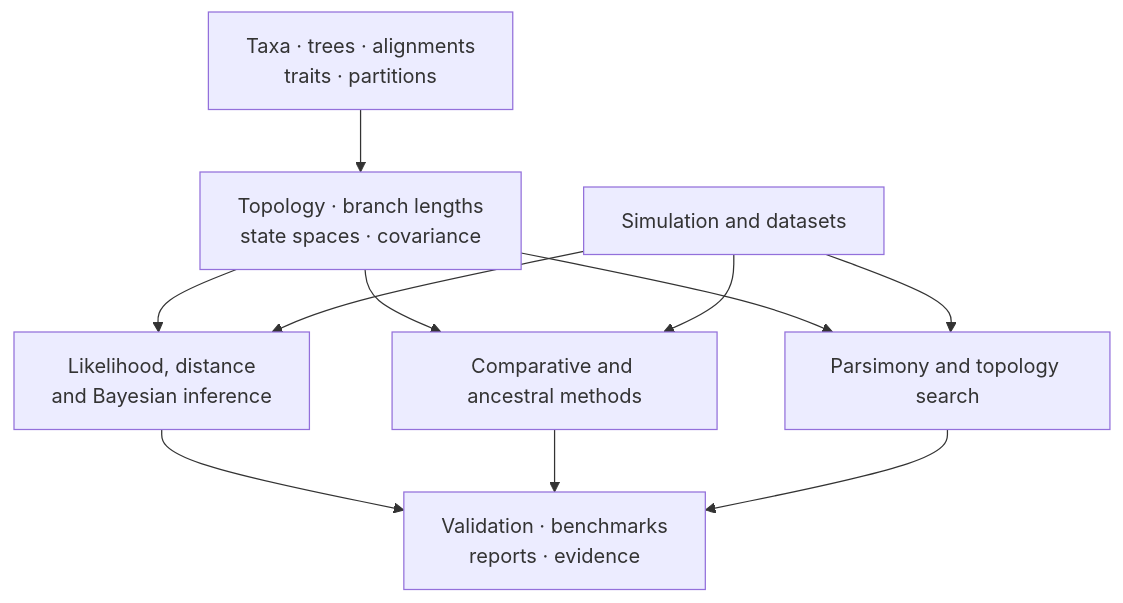
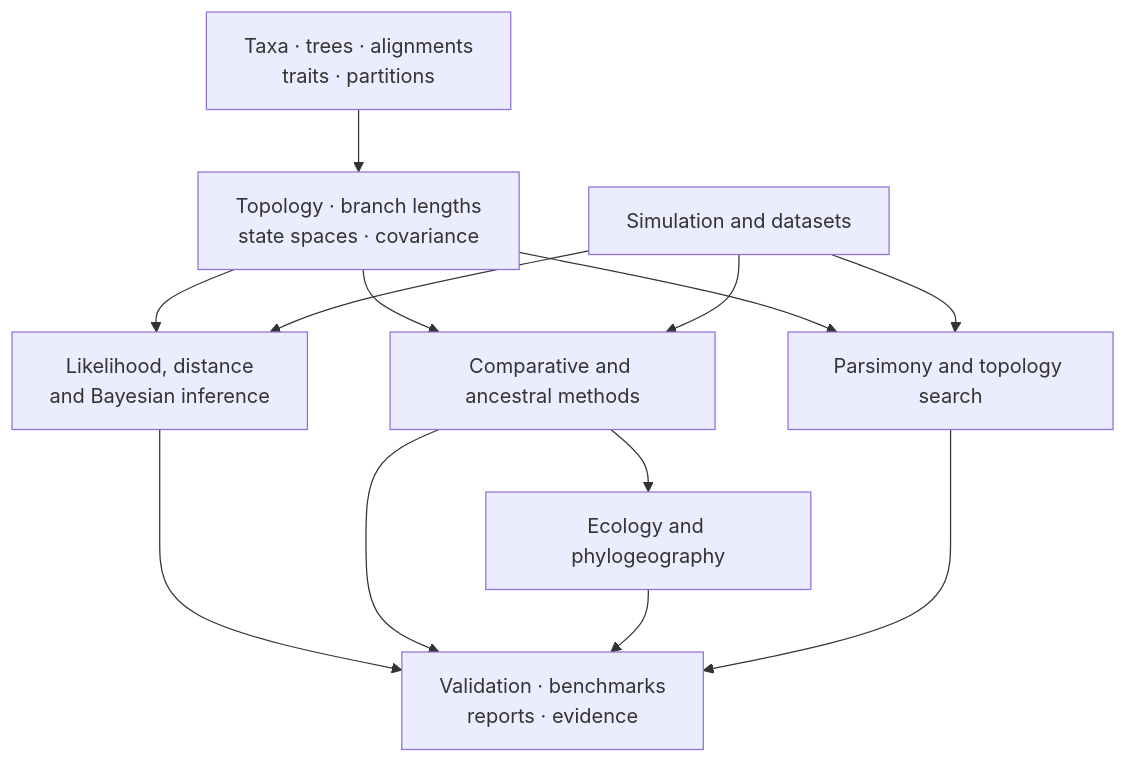
The first of 2 diagrams in docs/02-bijux-phylogenetics-domains/index.md (bijux/bijux-phylogenetics), drawn with Mermaid before and after one commit. The commit also changed other lines of this file and 6 other files, not shown here.

````diff
--- a/docs/02-bijux-phylogenetics-domains/index.md
+++ b/docs/02-bijux-phylogenetics-domains/index.md
@@ -18,21 +18,24 @@
 ```mermaid
 flowchart TB
     inputs["Taxa · trees · alignments<br/>traits · partitions"]
     foundations["Topology · branch lengths<br/>state spaces · covariance"]
     likelihood["Likelihood, distance<br/>and Bayesian inference"]
     comparative["Comparative and ancestral methods"]
+    histories["Ecology and phylogeography"]
     parsimony["Parsimony and topology search"]
     context["Simulation and datasets"]
     review["Validation · benchmarks<br/>reports · evidence"]
 
     inputs --> foundations
     foundations --> likelihood
     foundations --> comparative
+    comparative --> histories
     foundations --> parsimony
     context --> likelihood
     context --> comparative
     context --> parsimony
     likelihood --> review
     comparative --> review
+    histories --> review
     parsimony --> review
 ```
````
